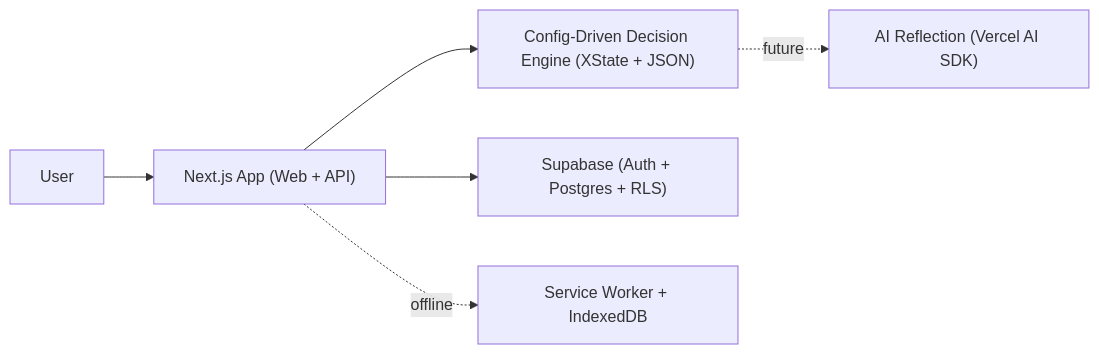
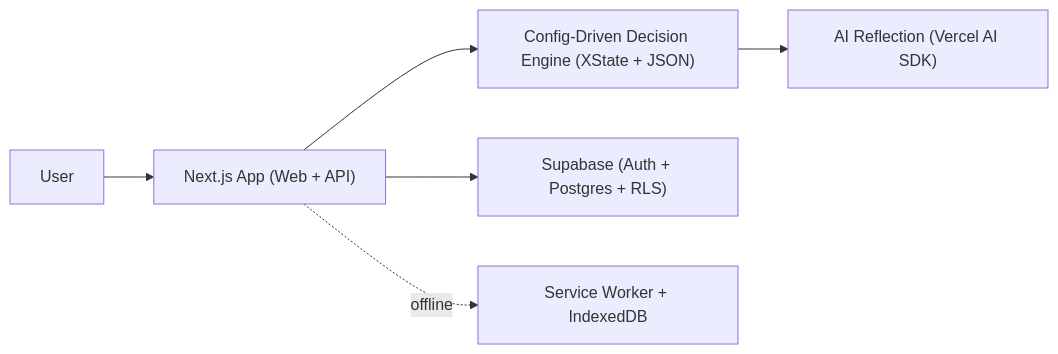
Before and after one commit to ubturja/Is-It-For-Real: the third of 3 diagrams in docs/SYSTEM_REFERENCE.md, drawn with Mermaid. The commit also changed other lines of this file and 136 other files, not shown here.

````diff
--- a/docs/SYSTEM_REFERENCE.md
+++ b/docs/SYSTEM_REFERENCE.md
@@ -198,8 +218,8 @@
 ```mermaid
 flowchart LR
     U["User"] --> WEB["Next.js App (Web + API)"]
     WEB --> ENGINE["Config-Driven Decision Engine (XState + JSON)"]
     WEB --> AUTH["Supabase (Auth + Postgres + RLS)"]
-    ENGINE -.future.-> AI["AI Reflection (Vercel AI SDK)"]
+    ENGINE --> AI["AI Reflection (Vercel AI SDK)"]
     WEB -.offline.-> PWA["Service Worker + IndexedDB"]
 ```
````
